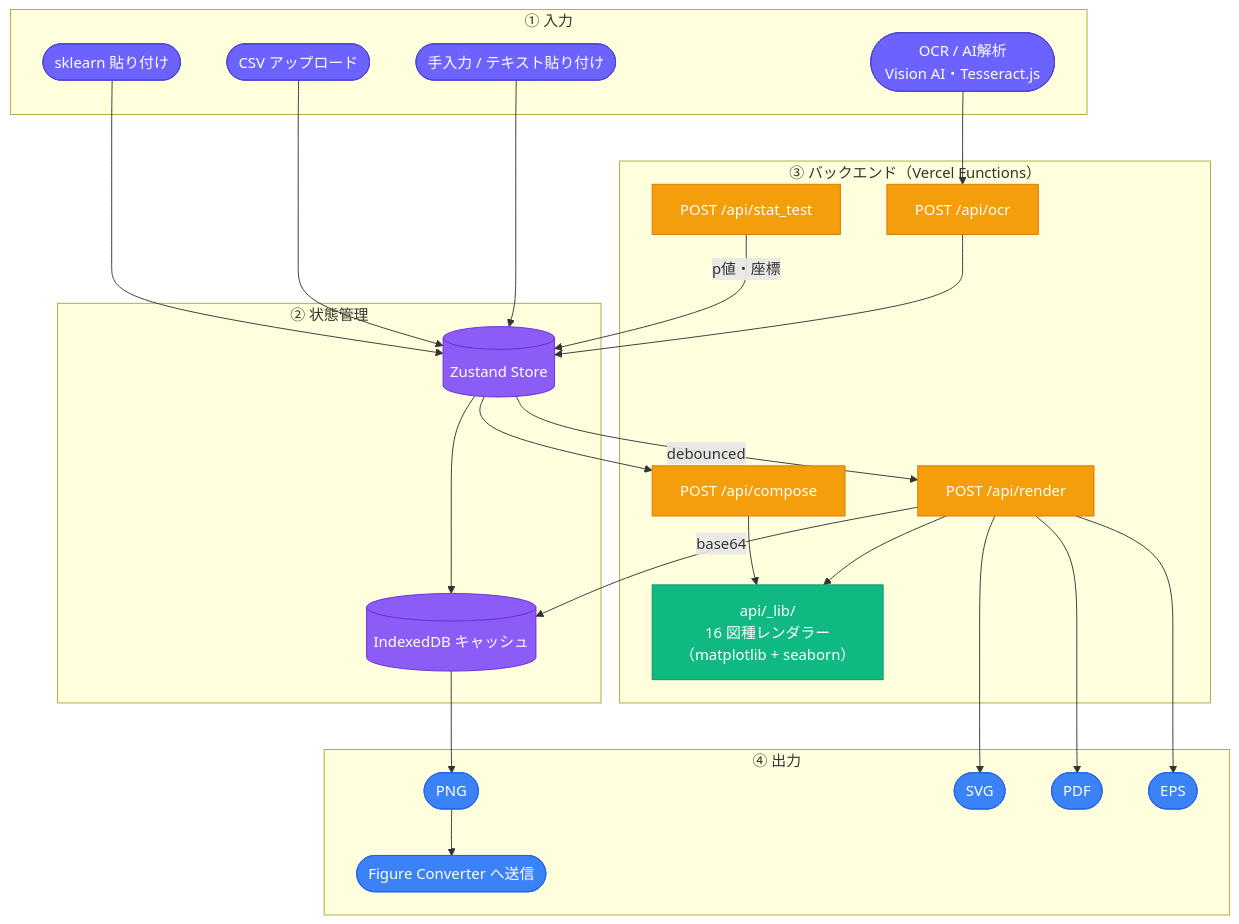
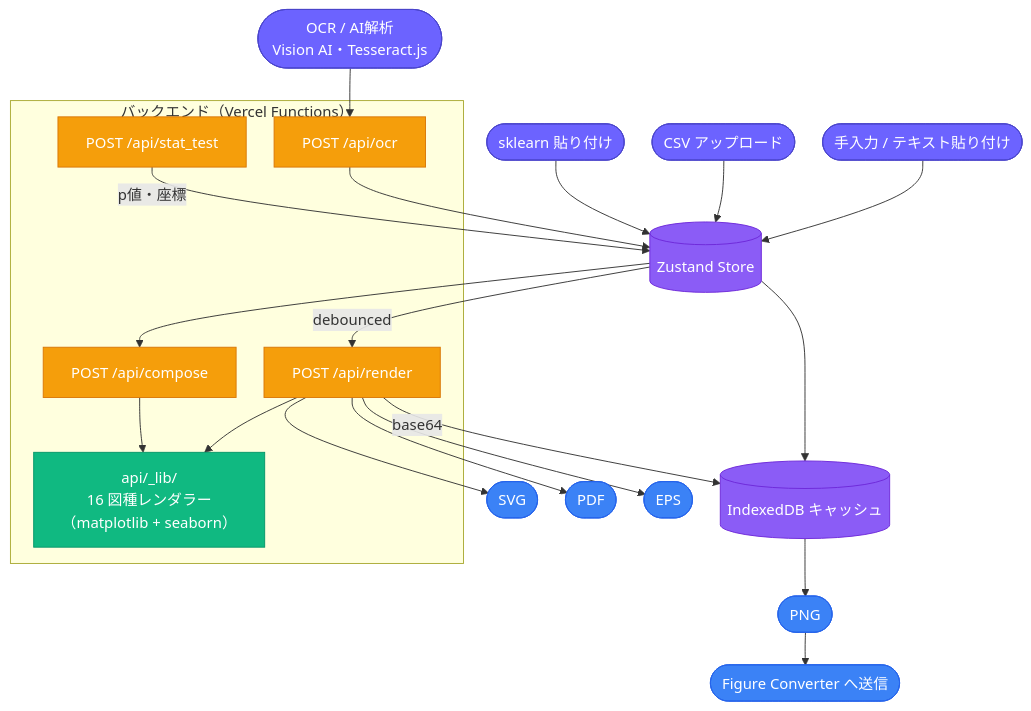
The first of 3 diagrams in docs/architecture/chart.md (Axe0320/latex-research-toolkit), drawn with Mermaid before and after one commit. The commit also changed other lines of this file and 4 other files, not shown here.

First line of the commit message:
アーキテクチャ図の不要な枠を撤去し縦幅を短縮

````diff
--- a/docs/architecture/chart.md
+++ b/docs/architecture/chart.md
@@ -15,48 +15,43 @@
 ```mermaid
+%%{init: {'flowchart': {'nodeSpacing': 30, 'rankSpacing': 35}}}%%
 flowchart TD
     classDef input  fill:#6C63FF,color:#fff,stroke:#4a44cc
     classDef api    fill:#F59E0B,color:#fff,stroke:#D97706
     classDef render fill:#10B981,color:#fff,stroke:#059669
     classDef out    fill:#3B82F6,color:#fff,stroke:#2563EB
     classDef store  fill:#8B5CF6,color:#fff,stroke:#6D28D9
 
-    subgraph IN["① 入力"]
-        M(["手入力 / テキスト貼り付け"]):::input
-        C(["CSV アップロード"]):::input
-        SK(["sklearn 貼り付け"]):::input
-        OCR(["OCR / AI解析<br/>Vision AI・Tesseract.js"]):::input
-    end
+    M(["手入力 / テキスト貼り付け"]):::input
+    C(["CSV アップロード"]):::input
+    SK(["sklearn 貼り付け"]):::input
+    OCR(["OCR / AI解析<br/>Vision AI・Tesseract.js"]):::input
 
-    subgraph STORE["② 状態管理"]
-        ZU[("Zustand Store")]:::store
-        IDB[("IndexedDB キャッシュ")]:::store
-    end
+    ZU[("Zustand Store")]:::store
+    IDB[("IndexedDB キャッシュ")]:::store
 
-    subgraph BACKEND["③ バックエンド（Vercel Functions）"]
+    subgraph BACKEND["バックエンド（Vercel Functions）"]
         RND["POST /api/render"]:::api
         CMP["POST /api/compose"]:::api
         OCR2["POST /api/ocr"]:::api
         STAT["POST /api/stat_test"]:::api
         LIB["api/_lib/<br/>16 図種レンダラー<br/>（matplotlib + seaborn）"]:::render
         RND --> LIB
         CMP --> LIB
     end
 
-    subgraph OUT["④ 出力"]
-        PNG([PNG]):::out
-        SVG([SVG]):::out
-        PDF([PDF]):::out
-        EPS([EPS]):::out
-        FIGCONV(["Figure Converter へ送信"]):::out
-    end
+    PNG([PNG]):::out
+    SVG([SVG]):::out
+    PDF([PDF]):::out
+    EPS([EPS]):::out
+    FIGCONV(["Figure Converter へ送信"]):::out
 
     M & C & SK --> ZU
     OCR --> OCR2 --> ZU
     ZU -->|debounced| RND
     ZU --> IDB
     RND -->|base64| IDB
     ZU --> CMP
     STAT -->|p値・座標| ZU
     IDB --> PNG --> FIGCONV
     RND --> SVG & PDF & EPS
 ```
````
